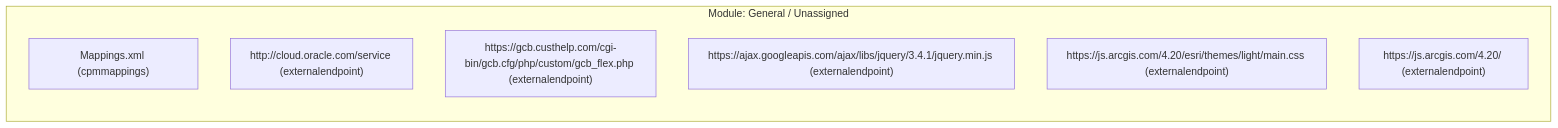
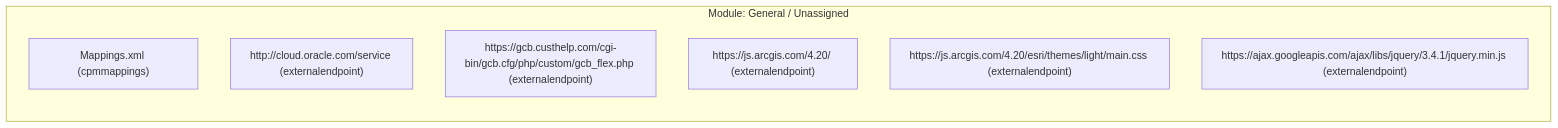
Before and after one commit to SujalMatolia0/Config_Migration: the second of 4 diagrams in results/COMPLETE_SYSTEM_MAPPING.md, drawn with Mermaid. The commit also changed other lines of this file and 28 other files, not shown here.

Commit message:
refactor: simplify graph rendering by removing workspace hub expansion logic and increasing visualization limits.

````diff
--- a/results/COMPLETE_SYSTEM_MAPPING.md
+++ b/results/COMPLETE_SYSTEM_MAPPING.md
@@ -157,11 +118,11 @@
 ```mermaid
 flowchart LR
   subgraph MOD_General___Unassigned ["Module: General / Unassigned"]
     N_cpmmappings_mappings_xml["Mappings.xml (cpmmappings)"]
     N_externalendpoint_http___cloud_oracle_com_service["http://cloud.oracle.com/service (externalendpoint)"]
     N_externalendpoint_https___gcb_custhelp_com_cgi_bin_gcb_cfg_php_custom_gcb_flex_php["https://gcb.custhelp.com/cgi-bin/gcb.cfg/php/custom/gcb_flex.php (externalendpoint)"]
+    N_externalendpoint_https___js_arcgis_com_4_20_["https://js.arcgis.com/4.20/ (externalendpoint)"]
+    N_externalendpoint_https___js_arcgis_com_4_20_esri_themes_light_main_css["https://js.arcgis.com/4.20/esri/themes/light/main.css (externalendpoint)"]
     N_externalendpoint_https___ajax_googleapis_com_ajax_libs_jquery_3_4_1_jquery_min_js["https://ajax.googleapis.com/ajax/libs/jquery/3.4.1/jquery.min.js (externalendpoint)"]
-    N_externalendpoint_https___js_arcgis_com_4_20_esri_themes_light_main_css["https://js.arcgis.com/4.20/esri/themes/light/main.css (externalendpoint)"]
-    N_externalendpoint_https___js_arcgis_com_4_20_["https://js.arcgis.com/4.20/ (externalendpoint)"]
   end
 ```
````
